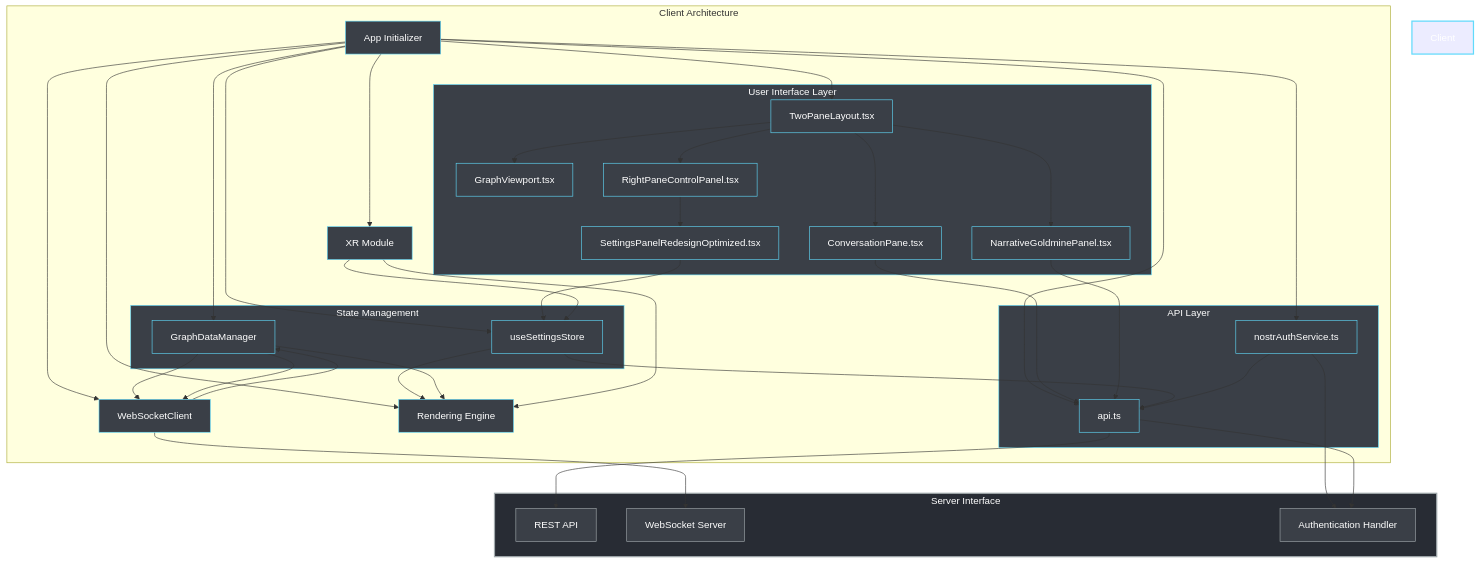
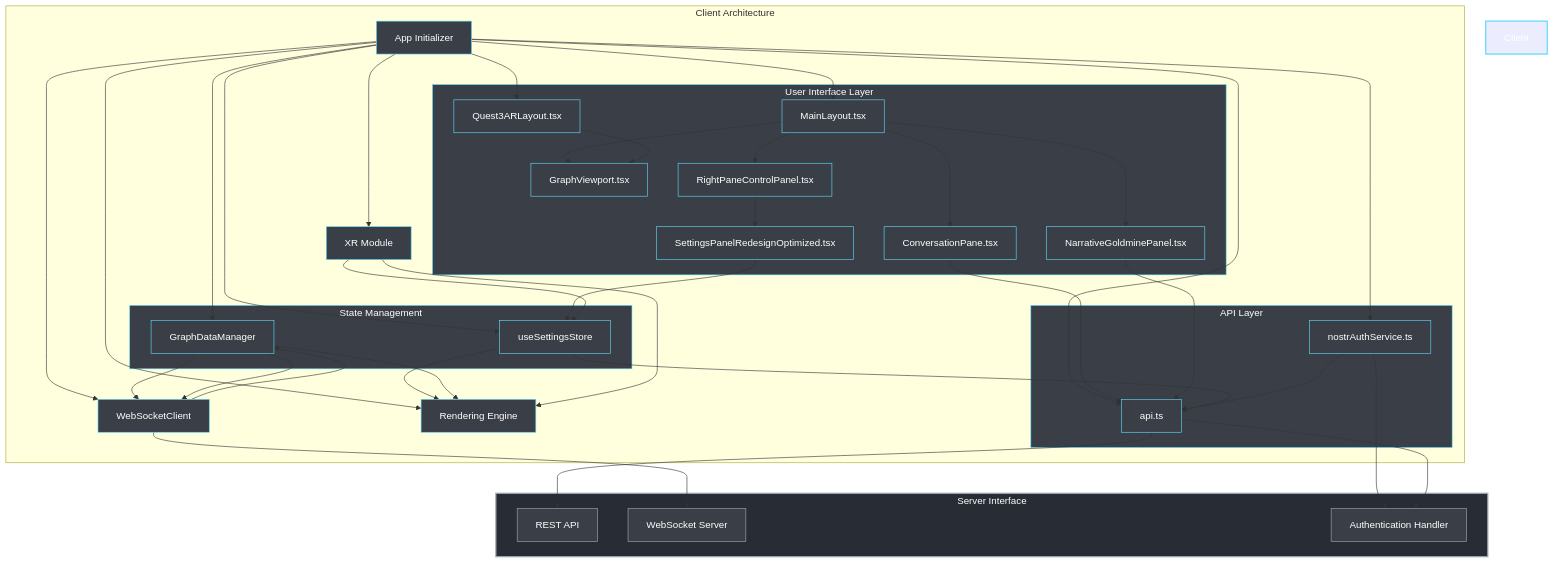
Before and after one commit to DreamLab-AI/VisionFlow: the first of 3 diagrams in docs/client/architecture.md, drawn with Mermaid. The commit also changed other lines of this file and 116 other files, not shown here.

```diff
--- a/docs/client/architecture.md
+++ b/docs/client/architecture.md
@@ -12,7 +12,8 @@
         AppInitializer[App Initializer]
 
         subgraph UILayer [User Interface Layer]
-            TwoPaneLayout[TwoPaneLayout.tsx]
+            MainLayout[MainLayout.tsx]
+            Quest3ARLayout[Quest3ARLayout.tsx]
             GraphViewportUI[GraphViewport.tsx]
             RightPaneControlPanel[RightPaneControlPanel.tsx]
             SettingsPanelRedesignOptimized[SettingsPanelRedesignOptimized.tsx]
@@ -34,7 +35,8 @@
         WebSocketClient["WebSocketClient"]
         XRModule["XR Module"]
 
-        AppInitializer --> TwoPaneLayout
+        AppInitializer --> MainLayout
+        AppInitializer --> Quest3ARLayout
         AppInitializer --> SettingsStore
         AppInitializer --> GraphDataManager
         AppInitializer --> NostrAuthService
@@ -43,10 +45,11 @@
         AppInitializer --> WebSocketClient
         AppInitializer --> XRModule
 
-        TwoPaneLayout --> GraphViewportUI
-        TwoPaneLayout --> RightPaneControlPanel
-        TwoPaneLayout --> ConversationPane
-        TwoPaneLayout --> NarrativeGoldminePanel
+        MainLayout --> GraphViewportUI
+        MainLayout --> RightPaneControlPanel
+        MainLayout --> ConversationPane
+        MainLayout --> NarrativeGoldminePanel
+        Quest3ARLayout --> GraphViewportUI
         RightPaneControlPanel --> SettingsPanelRedesignOptimized
 
         SettingsPanelRedesignOptimized --> SettingsStore
@@ -82,7 +85,8 @@
     style StateManagement fill:#3A3F47,stroke:#61DAFB,color:#FFFFFF
     style APILayer fill:#3A3F47,stroke:#61DAFB,color:#FFFFFF
     style AppInitializer fill:#3A3F47,stroke:#61DAFB,color:#FFFFFF
-    style TwoPaneLayout fill:#3A3F47,stroke:#61DAFB,color:#FFFFFF
+    style MainLayout fill:#3A3F47,stroke:#61DAFB,color:#FFFFFF
+    style Quest3ARLayout fill:#3A3F47,stroke:#61DAFB,color:#FFFFFF
     style GraphViewportUI fill:#3A3F47,stroke:#61DAFB,color:#FFFFFF
     style RightPaneControlPanel fill:#3A3F47,stroke:#61DAFB,color:#FFFFFF
     style SettingsPanelRedesignOptimized fill:#3A3F47,stroke:#61DAFB,color:#FFFFFF
```
